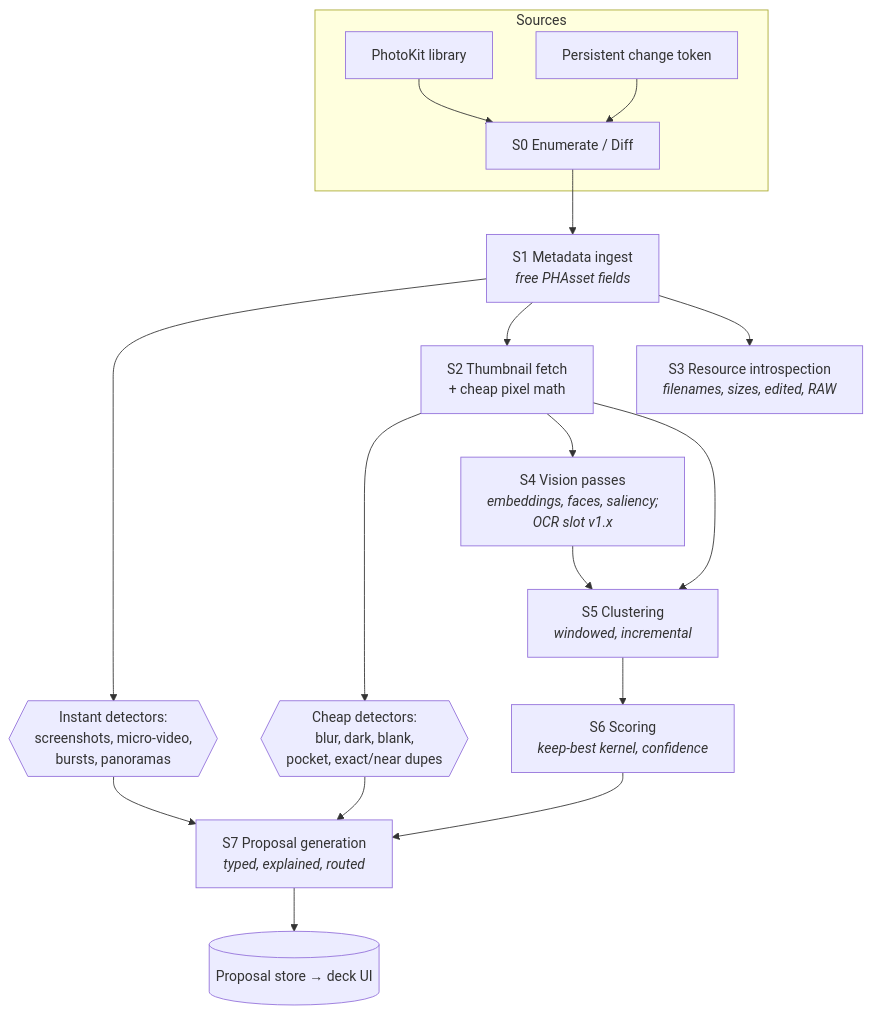
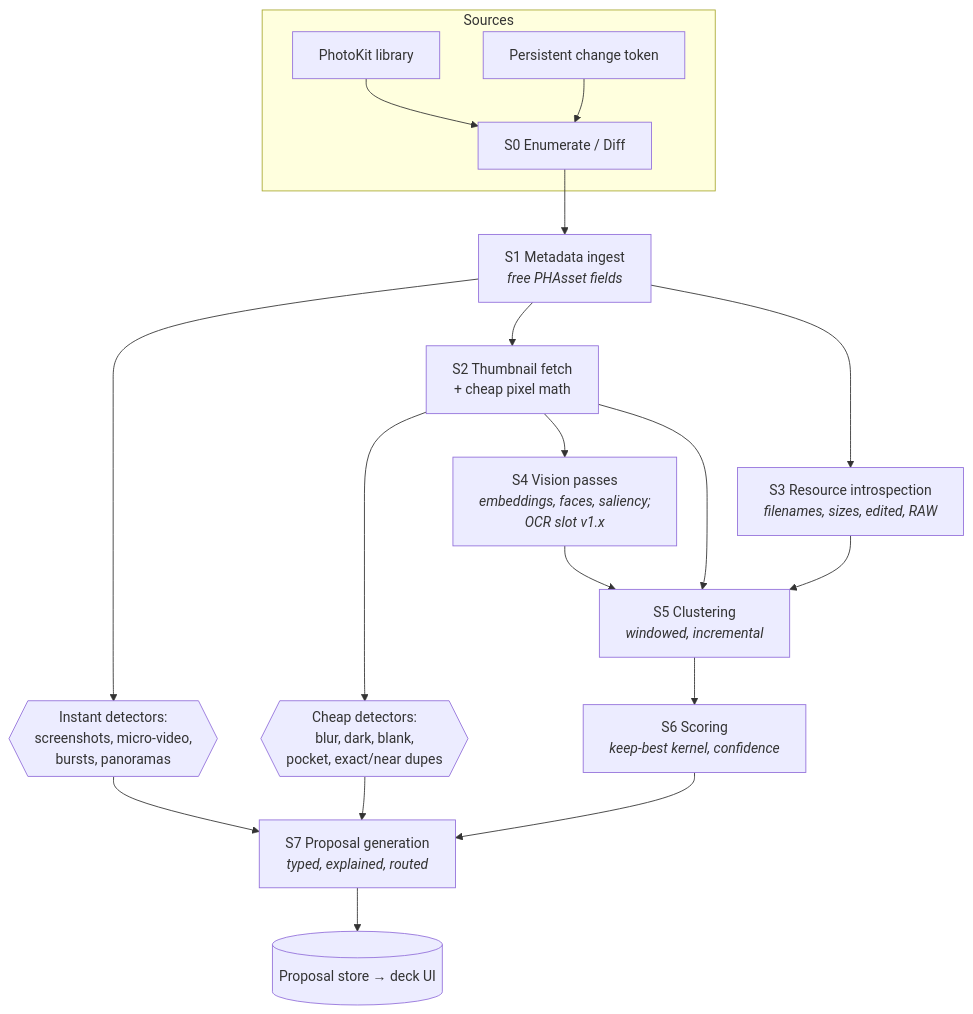
Before and after one commit to mesbahtanvir/iclean: the diagram in docs/SCAN_PIPELINE.md, drawn with Mermaid. The commit also changed other lines of this file and 1 other file, not shown here.

````diff
--- a/docs/SCAN_PIPELINE.md
+++ b/docs/SCAN_PIPELINE.md
@@ -58,20 +58,21 @@
 ```mermaid
 flowchart TD
     subgraph Sources
         PK[PhotoKit library] --> S0
         CT[Persistent change token] --> S0
     end
     S0[S0 Enumerate / Diff] --> S1[S1 Metadata ingest<br/><i>free PHAsset fields</i>]
     S1 --> D1{{Instant detectors:<br/>screenshots, micro-video,<br/>bursts, panoramas}}
     S1 --> S2[S2 Thumbnail fetch<br/>+ cheap pixel math]
     S2 --> D2{{Cheap detectors:<br/>blur, dark, blank,<br/>pocket, exact/near dupes}}
     S1 --> S3[S3 Resource introspection<br/><i>filenames, sizes, edited, RAW</i>]
     S2 --> S4[S4 Vision passes<br/><i>embeddings, faces, saliency;<br/>OCR slot v1.x</i>]
     S4 --> S5[S5 Clustering<br/><i>windowed, incremental</i>]
     S2 --> S5
+    S3 --> S5
     S5 --> S6[S6 Scoring<br/><i>keep-best kernel, confidence</i>]
     S6 --> S7[S7 Proposal generation<br/><i>typed, explained, routed</i>]
     D1 --> S7
     D2 --> S7
     S7 --> UI[(Proposal store → deck UI)]
 ```
````
